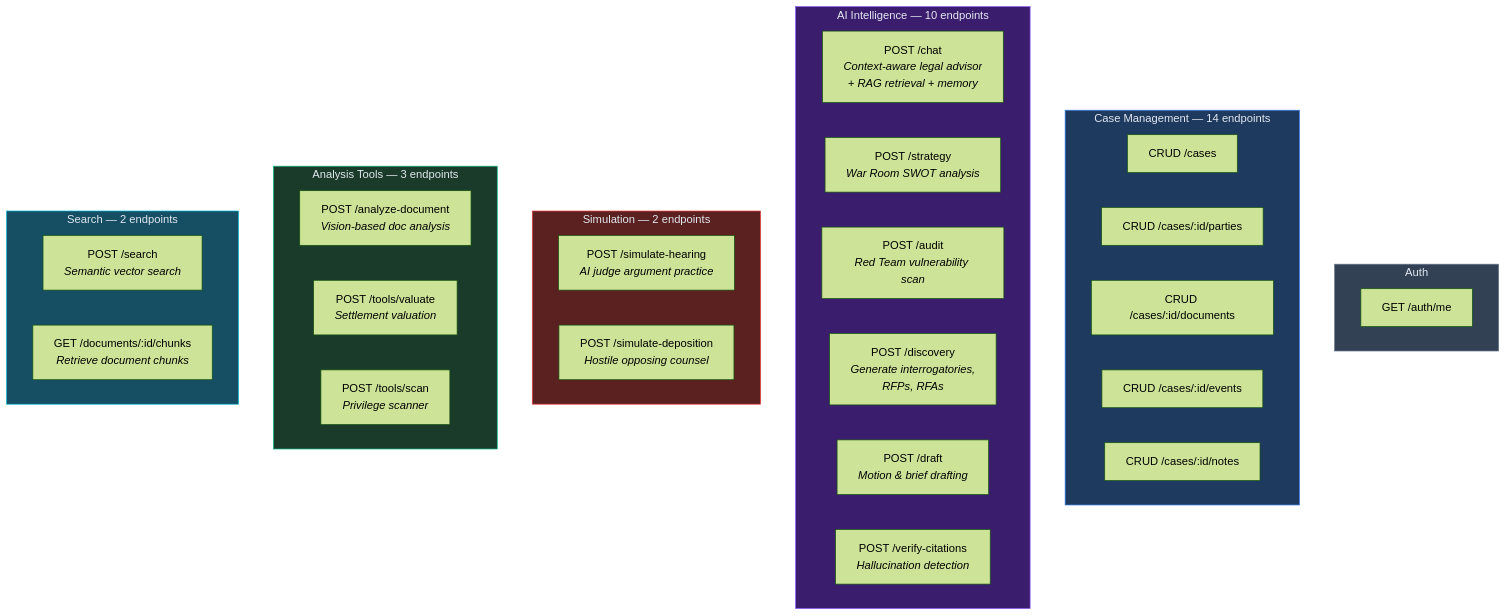
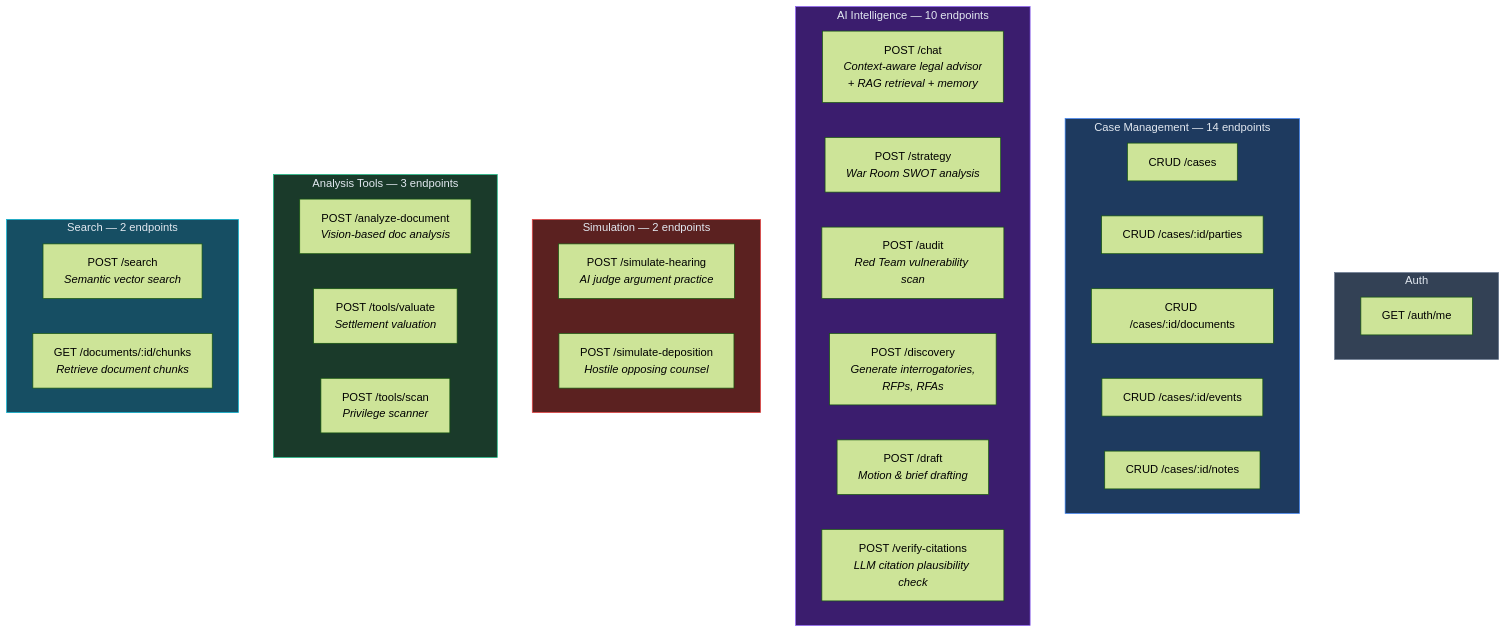
The seventh of 11 diagrams in ARCHITECTURE.md (EolaFam1828/AetherLegalIntelligence), drawn with Mermaid (forest theme) before and after one commit. The commit also changed other lines of this file and 7 other files, not shown here.

First line of the commit message:
Honesty audit: remove overclaims, add limitations and roadmap

````diff
--- a/ARCHITECTURE.md
+++ b/ARCHITECTURE.md
@@ -348,46 +360,46 @@
 ```mermaid
 flowchart TB
     subgraph AUTH["Auth"]
         A1["GET /auth/me"]
     end
 
     subgraph CASE_MGMT["Case Management — 14 endpoints"]
         C1["CRUD /cases"]
         C2["CRUD /cases/:id/parties"]
         C3["CRUD /cases/:id/documents"]
         C4["CRUD /cases/:id/events"]
         C5["CRUD /cases/:id/notes"]
     end
 
     subgraph AI_INTEL["AI Intelligence — 10 endpoints"]
         I1["POST /chat<br/><i>Context-aware legal advisor<br/>+ RAG retrieval + memory</i>"]
         I2["POST /strategy<br/><i>War Room SWOT analysis</i>"]
         I3["POST /audit<br/><i>Red Team vulnerability scan</i>"]
         I4["POST /discovery<br/><i>Generate interrogatories,<br/>RFPs, RFAs</i>"]
         I5["POST /draft<br/><i>Motion & brief drafting</i>"]
-        I6["POST /verify-citations<br/><i>Hallucination detection</i>"]
+        I6["POST /verify-citations<br/><i>LLM citation plausibility check</i>"]
     end
 
     subgraph SIMULATION["Simulation — 2 endpoints"]
         S1["POST /simulate-hearing<br/><i>AI judge argument practice</i>"]
         S2["POST /simulate-deposition<br/><i>Hostile opposing counsel</i>"]
     end
 
     subgraph TOOLS["Analysis Tools — 3 endpoints"]
         T1["POST /analyze-document<br/><i>Vision-based doc analysis</i>"]
         T2["POST /tools/valuate<br/><i>Settlement valuation</i>"]
         T3["POST /tools/scan<br/><i>Privilege scanner</i>"]
     end
 
     subgraph SEARCH["Search — 2 endpoints"]
         SE1["POST /search<br/><i>Semantic vector search</i>"]
         SE2["GET /documents/:id/chunks<br/><i>Retrieve document chunks</i>"]
     end
 
     style AUTH fill:#334155,stroke:#64748b,color:#e2e8f0
     style CASE_MGMT fill:#1e3a5f,stroke:#3b82f6,color:#e2e8f0
     style AI_INTEL fill:#3b1d6e,stroke:#8b5cf6,color:#e2e8f0
     style SIMULATION fill:#5b2120,stroke:#ef4444,color:#e2e8f0
     style TOOLS fill:#1a3a2a,stroke:#10b981,color:#e2e8f0
     style SEARCH fill:#164e63,stroke:#06b6d4,color:#e2e8f0
 ```
````
